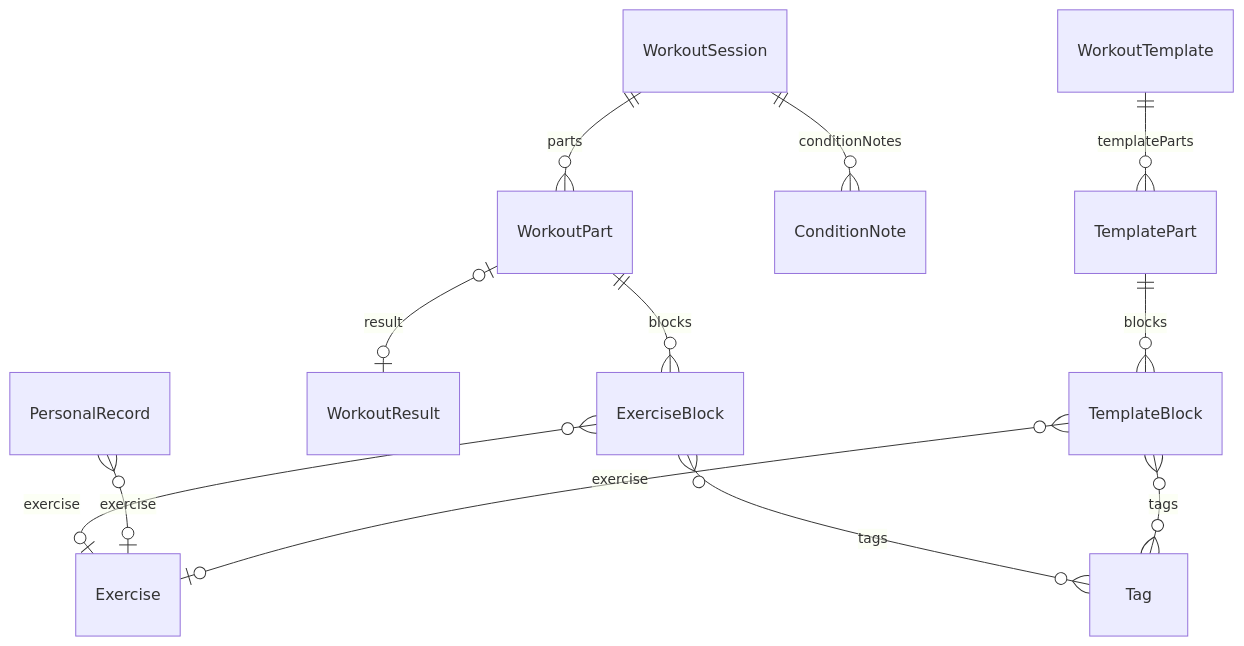
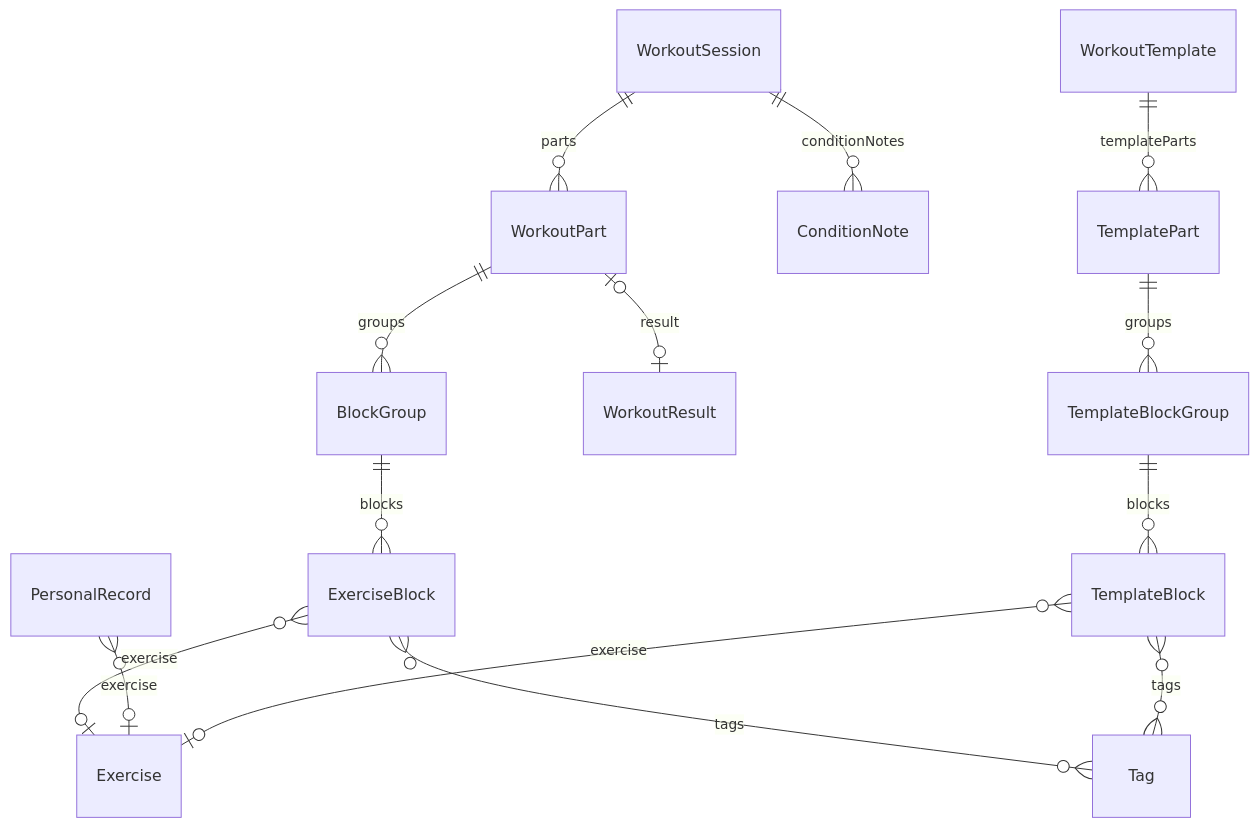
The diagram in docs/data-model.md (KalGookSoo/moov), drawn with Mermaid before and after one commit. The commit also changed other lines of this file and 19 other files, not shown here.

First line of the commit message:
스트레이트 세트/서킷 구분을 위한 BlockGroup 도입 (FR-20)

````diff
--- a/docs/data-model.md
+++ b/docs/data-model.md
@@ -14,14 +15,16 @@
 ```mermaid
 erDiagram
     WorkoutSession ||--o{ WorkoutPart : "parts"
     WorkoutSession ||--o{ ConditionNote : "conditionNotes"
-    WorkoutPart ||--o{ ExerciseBlock : "blocks"
+    WorkoutPart ||--o{ BlockGroup : "groups"
     WorkoutPart |o--o| WorkoutResult : "result"
+    BlockGroup ||--o{ ExerciseBlock : "blocks"
     ExerciseBlock }o--o| Exercise : "exercise"
     ExerciseBlock }o--o{ Tag : "tags"
     PersonalRecord }o--o| Exercise : "exercise"
     WorkoutTemplate ||--o{ TemplatePart : "templateParts"
-    TemplatePart ||--o{ TemplateBlock : "blocks"
+    TemplatePart ||--o{ TemplateBlockGroup : "groups"
+    TemplateBlockGroup ||--o{ TemplateBlock : "blocks"
     TemplateBlock }o--o| Exercise : "exercise"
     TemplateBlock }o--o{ Tag : "tags"
 ```
````
